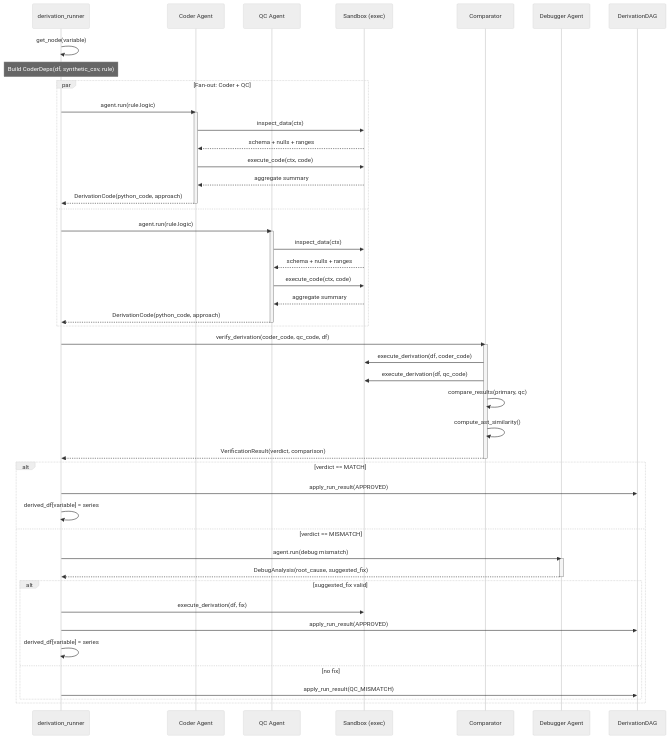
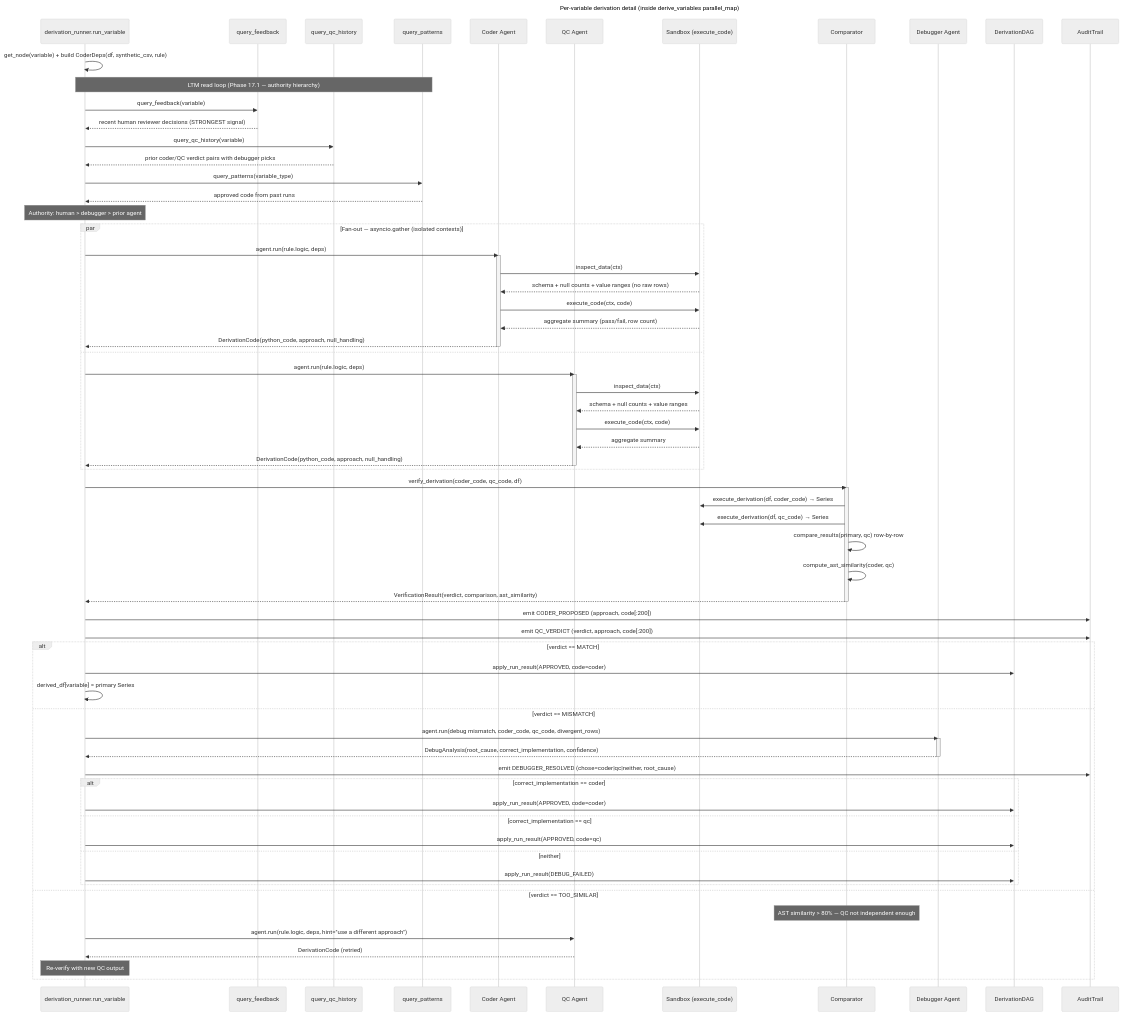
Before and after one commit to matt-grain/pharma-derive: the diagram in presentation/diagrams/derivation_detail.mmd, drawn with Mermaid (neutral theme). The commit also changed 63 other files, not shown here.

First line of the commit message:
chore: repo cleanup for panel submission — archive internal docs + refresh diagrams + QUALITY.md

```diff
--- a/presentation/diagrams/derivation_detail.mmd
+++ b/presentation/diagrams/derivation_detail.mmd
@@ -1,57 +1,81 @@
+---
+title: Per-variable derivation detail (inside derive_variables parallel_map)
+---
 sequenceDiagram
-    participant R as derivation_runner
+    participant DR as derivation_runner.run_variable
+    participant F as query_feedback
+    participant QH as query_qc_history
+    participant QP as query_patterns
     participant C as Coder Agent
     participant QC as QC Agent
-    participant S as Sandbox (exec)
+    participant S as Sandbox (execute_code)
     participant V as Comparator
     participant D as Debugger Agent
     participant DAG as DerivationDAG
+    participant AT as AuditTrail
 
-    R->>R: get_node(variable)
-    Note over R: Build CoderDeps(df, synthetic_csv, rule)
+    DR->>DR: get_node(variable) + build CoderDeps(df, synthetic_csv, rule)
 
-    par Fan-out: Coder + QC
-        R->>C: agent.run(rule.logic)
+    Note over DR,QP: LTM read loop (Phase 17.1 — authority hierarchy)
+    DR->>F: query_feedback(variable)
+    F-->>DR: recent human reviewer decisions (STRONGEST signal)
+    DR->>QH: query_qc_history(variable)
+    QH-->>DR: prior coder/QC verdict pairs with debugger picks
+    DR->>QP: query_patterns(variable_type)
+    QP-->>DR: approved code from past runs
+    Note over DR: Authority: human > debugger > prior agent
+
+    par Fan-out — asyncio.gather (isolated contexts)
+        DR->>C: agent.run(rule.logic, deps)
         activate C
         C->>S: inspect_data(ctx)
-        S-->>C: schema + nulls + ranges
+        S-->>C: schema + null counts + value ranges (no raw rows)
         C->>S: execute_code(ctx, code)
-        S-->>C: aggregate summary
-        C-->>R: DerivationCode(python_code, approach)
+        S-->>C: aggregate summary (pass/fail, row count)
+        C-->>DR: DerivationCode(python_code, approach, null_handling)
         deactivate C
     and
-        R->>QC: agent.run(rule.logic)
+        DR->>QC: agent.run(rule.logic, deps)
         activate QC
         QC->>S: inspect_data(ctx)
-        S-->>QC: schema + nulls + ranges
+        S-->>QC: schema + null counts + value ranges
         QC->>S: execute_code(ctx, code)
         S-->>QC: aggregate summary
-        QC-->>R: DerivationCode(python_code, approach)
+        QC-->>DR: DerivationCode(python_code, approach, null_handling)
         deactivate QC
     end
 
-    R->>V: verify_derivation(coder_code, qc_code, df)
+    DR->>V: verify_derivation(coder_code, qc_code, df)
     activate V
-    V->>S: execute_derivation(df, coder_code)
-    V->>S: execute_derivation(df, qc_code)
-    V->>V: compare_results(primary, qc)
-    V->>V: compute_ast_similarity()
-    V-->>R: VerificationResult(verdict, comparison)
+    V->>S: execute_derivation(df, coder_code) → Series
+    V->>S: execute_derivation(df, qc_code) → Series
+    V->>V: compare_results(primary, qc) row-by-row
+    V->>V: compute_ast_similarity(coder, qc)
+    V-->>DR: VerificationResult(verdict, comparison, ast_similarity)
     deactivate V
 
+    DR->>AT: emit CODER_PROPOSED (approach, code[:200])
+    DR->>AT: emit QC_VERDICT (verdict, approach, code[:200])
+
     alt verdict == MATCH
-        R->>DAG: apply_run_result(APPROVED)
-        R->>R: derived_df[variable] = series
+        DR->>DAG: apply_run_result(APPROVED, code=coder)
+        DR->>DR: derived_df[variable] = primary Series
     else verdict == MISMATCH
-        R->>D: agent.run(debug mismatch)
+        DR->>D: agent.run(debug mismatch, coder_code, qc_code, divergent_rows)
         activate D
-        D-->>R: DebugAnalysis(root_cause, suggested_fix)
+        D-->>DR: DebugAnalysis(root_cause, correct_implementation, confidence)
         deactivate D
-        alt suggested_fix valid
-            R->>S: execute_derivation(df, fix)
-            R->>DAG: apply_run_result(APPROVED)
-            R->>R: derived_df[variable] = series
-        else no fix
-            R->>DAG: apply_run_result(QC_MISMATCH)
+        DR->>AT: emit DEBUGGER_RESOLVED (chose=coder|qc|neither, root_cause)
+        alt correct_implementation == coder
+            DR->>DAG: apply_run_result(APPROVED, code=coder)
+        else correct_implementation == qc
+            DR->>DAG: apply_run_result(APPROVED, code=qc)
+        else neither
+            DR->>DAG: apply_run_result(DEBUG_FAILED)
         end
+    else verdict == TOO_SIMILAR
+        Note over V: AST similarity > 80% — QC not independent enough
+        DR->>QC: agent.run(rule.logic, deps, hint="use a different approach")
+        QC-->>DR: DerivationCode (retried)
+        Note over DR: Re-verify with new QC output
     end
```
